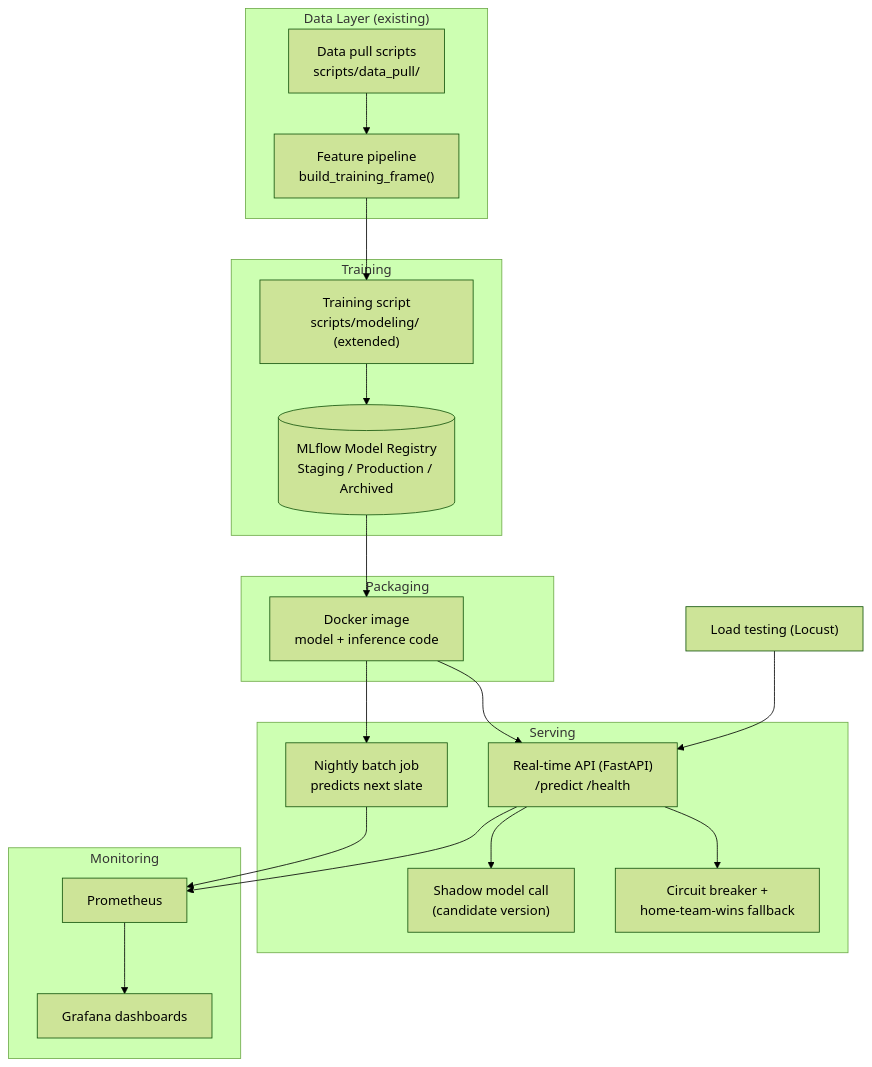
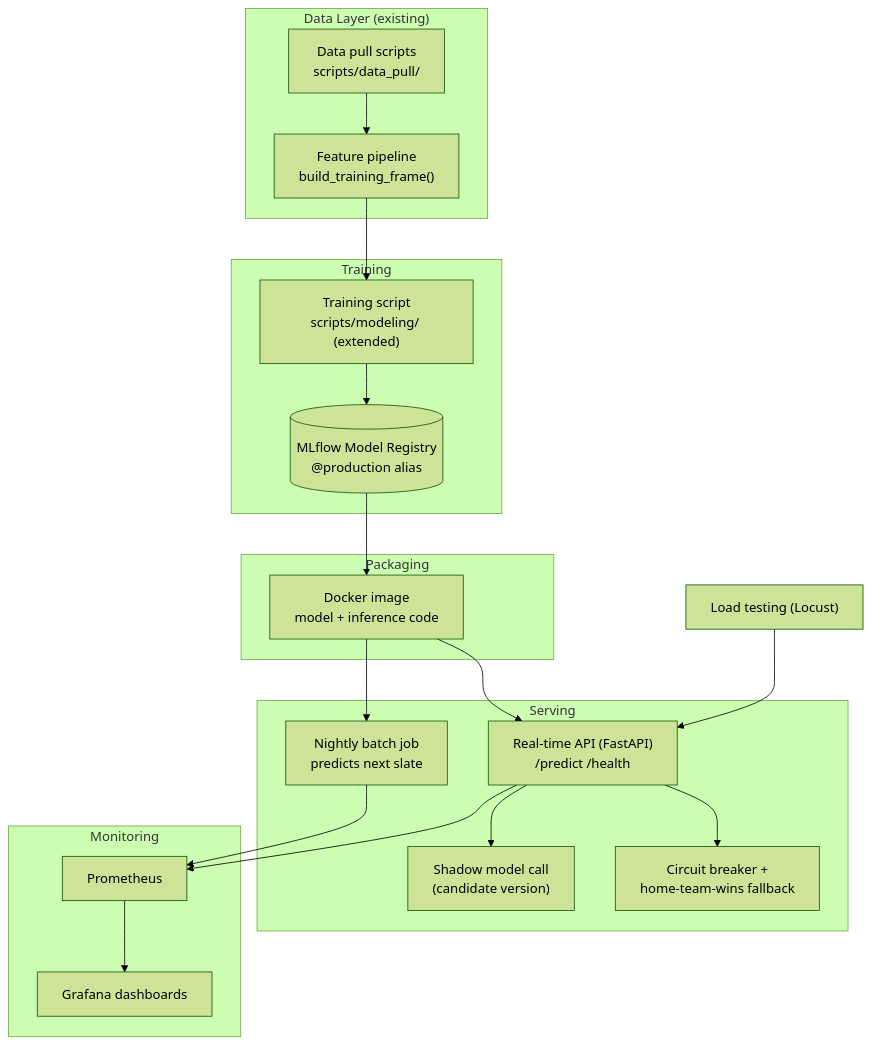
The first of 3 diagrams in documentation/ARCHITECTURE.md (Lowcol/NBA_Prediction), drawn with Mermaid (forest theme) before and after one commit. The commit also changed other lines of this file and 5 other files, not shown here.

````diff
--- a/documentation/ARCHITECTURE.md
+++ b/documentation/ARCHITECTURE.md
@@ -40,40 +46,40 @@
 ```mermaid
 flowchart TB
     subgraph Data["Data Layer (existing)"]
         Pull["Data pull scripts\nscripts/data_pull/"]
         Prep["Feature pipeline\nbuild_training_frame()"]
     end
 
     subgraph Train["Training"]
         Trainer["Training script\nscripts/modeling/ (extended)"]
-        Registry[("MLflow Model Registry\nStaging / Production / Archived")]
+        Registry[("MLflow Model Registry\n@production alias")]
     end
 
     subgraph Package["Packaging"]
         Image["Docker image\nmodel + inference code"]
     end
 
     subgraph Serve["Serving"]
         API["Real-time API (FastAPI)\n/predict  /health"]
         Batch["Nightly batch job\npredicts next slate"]
         Breaker["Circuit breaker +\nhome-team-wins fallback"]
         Shadow["Shadow model call\n(candidate version)"]
     end
 
     subgraph Obs["Monitoring"]
         Prom["Prometheus"]
         Graf["Grafana dashboards"]
     end
 
     LoadTest["Load testing (Locust)"]
 
     Pull --> Prep --> Trainer --> Registry --> Image
     Image --> API
     Image --> Batch
     API --> Breaker
     API --> Shadow
     API --> Prom
     Batch --> Prom
     Prom --> Graf
     LoadTest --> API
 ```
````
